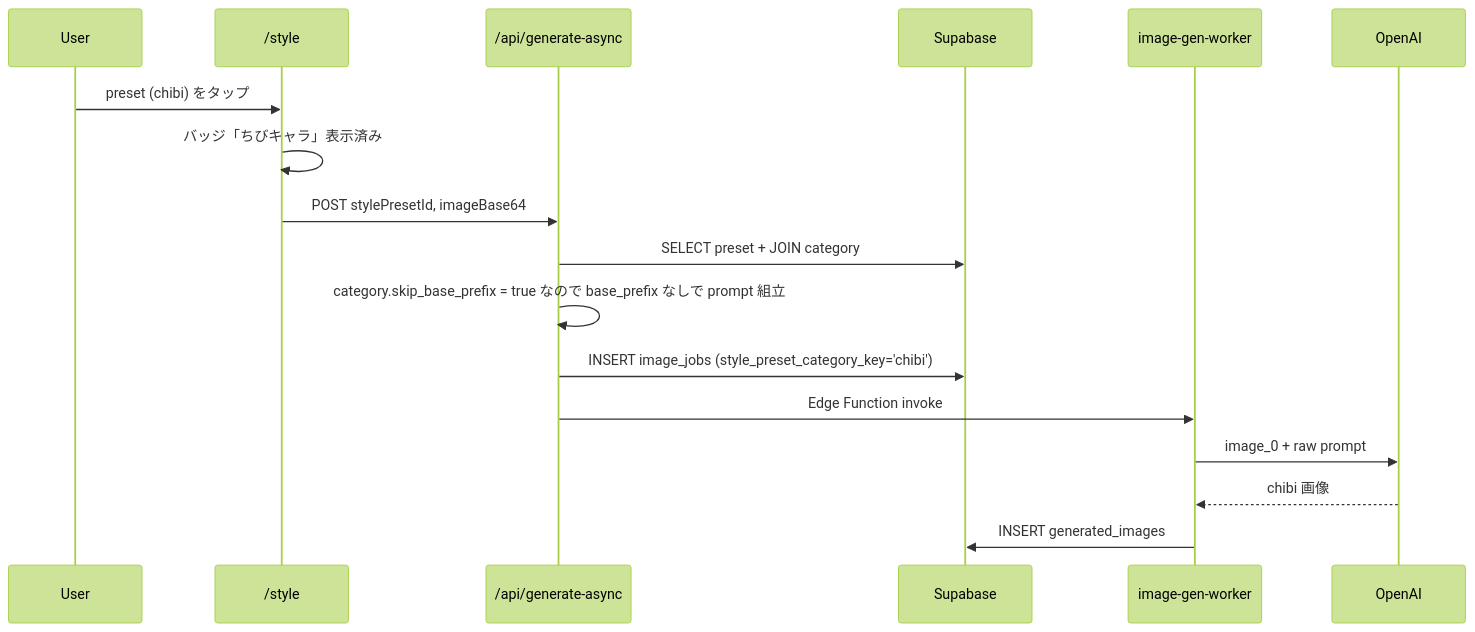
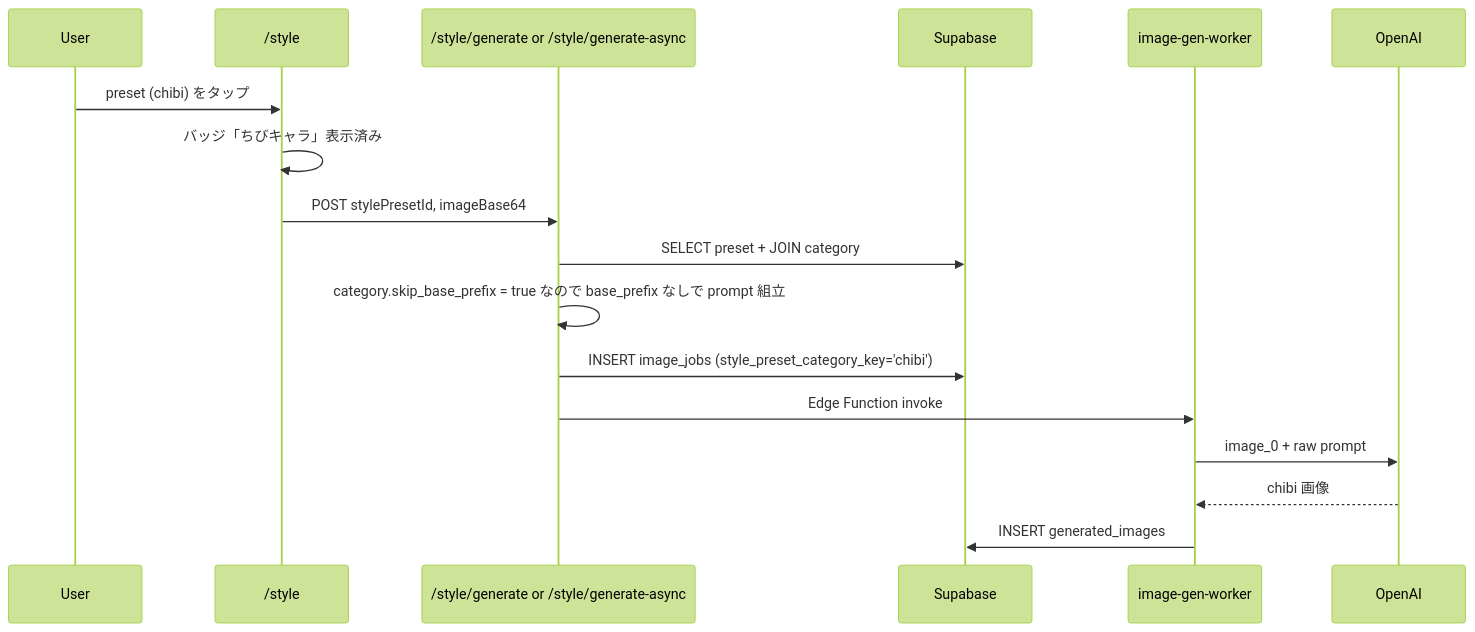
The second of 5 diagrams in docs/planning/style-preset-raw-mode-implementation-plan.md (3balljugglerYu/ai_coordinate), drawn with Mermaid (forest theme) before and after one commit. The commit also changed other lines of this file, not shown here.

````diff
--- a/docs/planning/style-preset-raw-mode-implementation-plan.md
+++ b/docs/planning/style-preset-raw-mode-implementation-plan.md
@@ -160,19 +164,19 @@
 ```mermaid
 sequenceDiagram
     participant U as User
     participant SP as /style
-    participant API as /api/generate-async
+    participant API as /style/generate or /style/generate-async
     participant DB as Supabase
     participant W as image-gen-worker
 
     U->>SP: preset (chibi) をタップ
     SP->>SP: バッジ「ちびキャラ」表示済み
     SP->>API: POST stylePresetId, imageBase64
     API->>DB: SELECT preset + JOIN category
     API->>API: category.skip_base_prefix = true なので base_prefix なしで prompt 組立
     API->>DB: INSERT image_jobs (style_preset_category_key='chibi')
     API->>W: Edge Function invoke
     W->>OpenAI: image_0 + raw prompt
     OpenAI-->>W: chibi 画像
     W->>DB: INSERT generated_images
 ```
````
